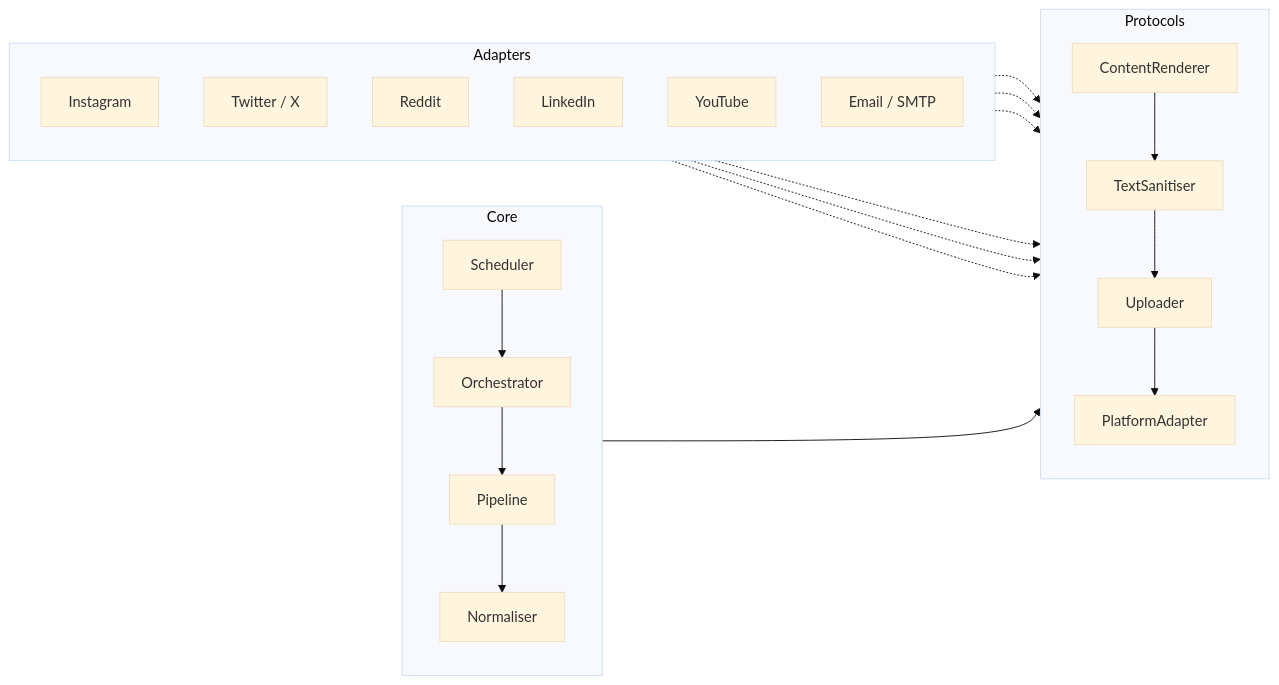
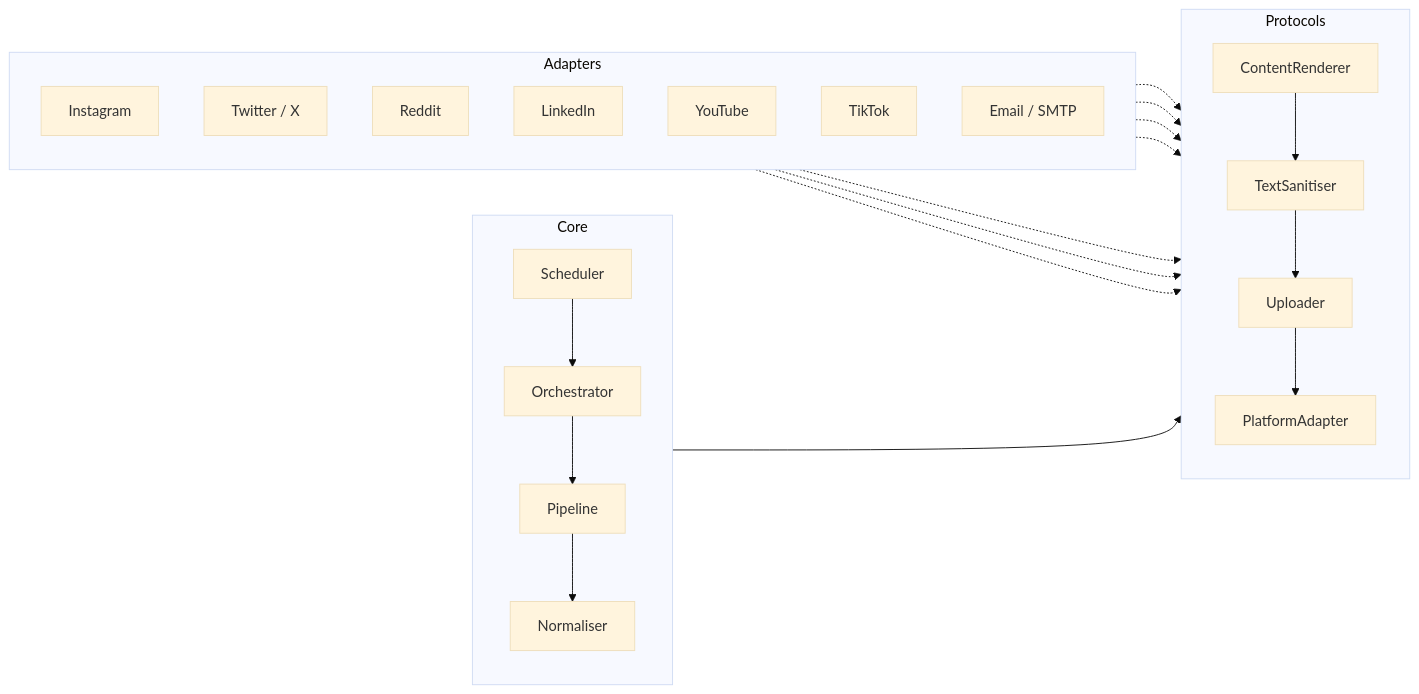
The diagram in README.md (nooptr/marketmenow), drawn with Mermaid (base theme) before and after one commit. The commit also changed other lines of this file and 20 other files, not shown here.

````diff
--- a/README.md
+++ b/README.md
@@ -224,38 +232,40 @@
 ```mermaid
 graph LR
     subgraph core [Core]
         direction TB
         Scheduler --> Orchestrator
         Orchestrator --> Pipeline
         Pipeline --> Normaliser
     end
 
     subgraph ports [Protocols]
         direction TB
         Renderer["ContentRenderer"]
         Sanitiser["TextSanitiser"]
         Uploader["Uploader"]
         Adapter["PlatformAdapter"]
     end
 
     subgraph adapters [Adapters]
         direction TB
         IG["Instagram"]
         TW["Twitter / X"]
         RD["Reddit"]
         LI["LinkedIn"]
         YT["YouTube"]
+        TT["TikTok"]
         EM["Email / SMTP"]
     end
 
     Pipeline --> Renderer
     Renderer --> Sanitiser
     Sanitiser --> Uploader
     Uploader --> Adapter
     IG -.-> Adapter
     TW -.-> Adapter
     RD -.-> Adapter
     LI -.-> Adapter
     YT -.-> Adapter
+    TT -.-> Adapter
     EM -.-> Adapter
 ```
````
